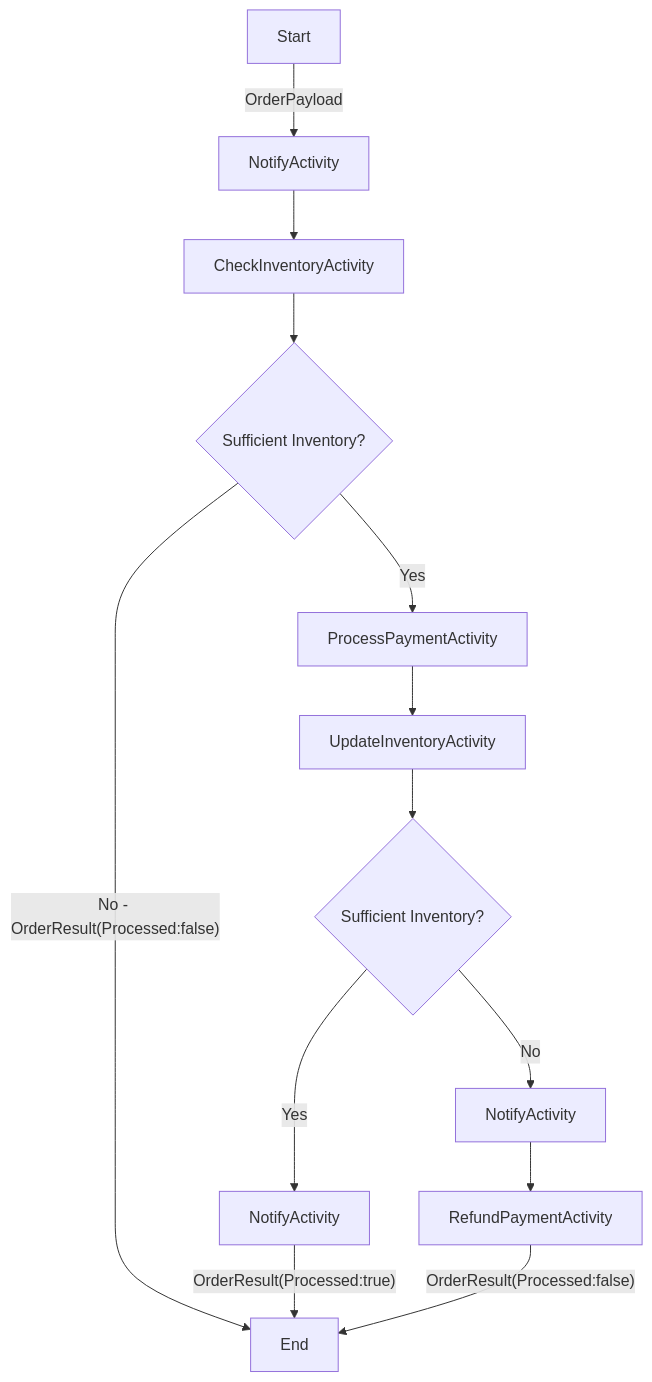
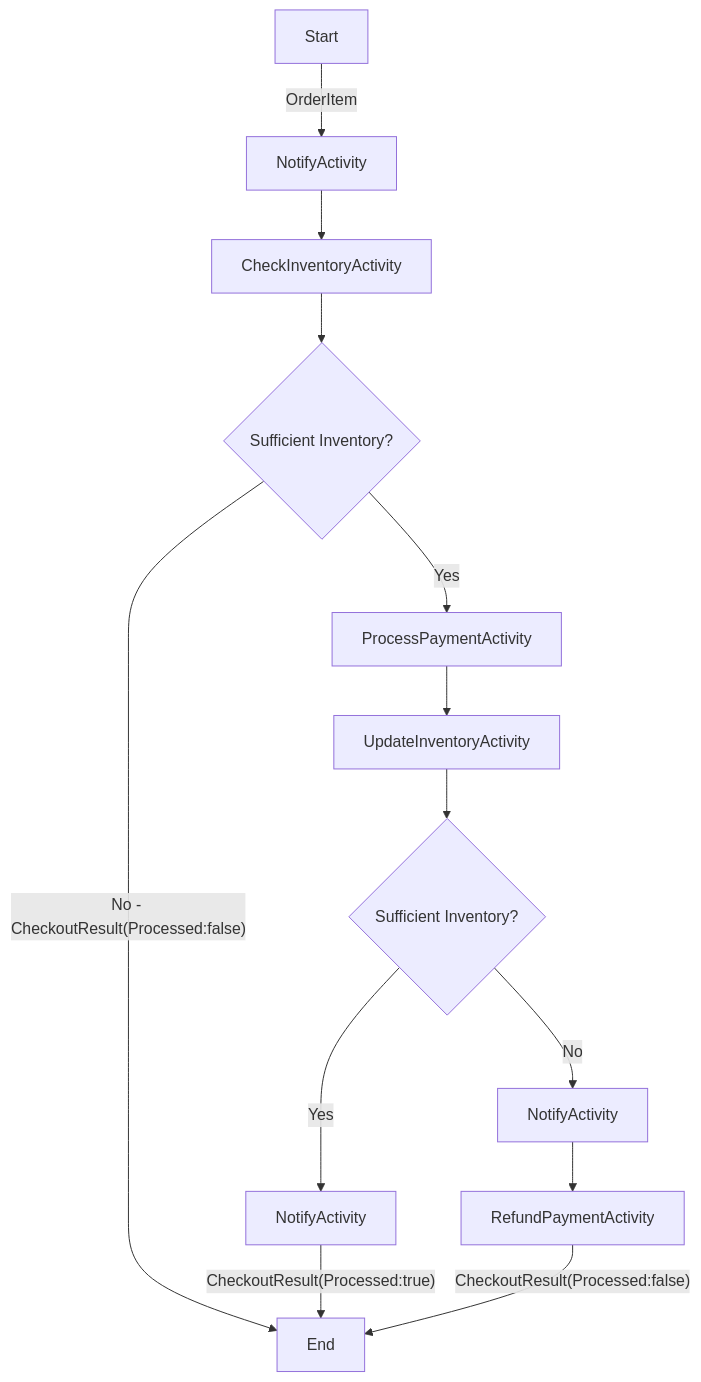
Before and after one commit to diagrid-labs/dapr-workflow-demos: the seventh of 7 diagrams in README.md, drawn with Mermaid. The commit also changed other lines of this file, not shown here.

Commit message:
Add diagram and fix labels

````diff
--- a/README.md
+++ b/README.md
@@ -368,21 +377,21 @@
 ```mermaid
 graph TD
     A[Start]
     B[NotifyActivity]
     C[CheckInventoryActivity]
     X{Sufficient Inventory?}
     D[ProcessPaymentActivity]
     E[UpdateInventoryActivity]
     F[RefundPaymentActivity]
     BB[NotifyActivity]
     BBB[NotifyActivity]
     XX{Sufficient Inventory?}
     Z[End]
-    A --> |OrderPayload| B --> C
+    A --> |OrderItem| B --> C
     C --> X
     X -->|Yes| D
-    X -->|"No - OrderResult(Processed:false)"| Z
+    X -->|"No - CheckoutResult(Processed:false)"| Z
     D --> E --> XX
-    XX -->|Yes| BB --> |"OrderResult(Processed:true)"| Z
-    XX -->|No| BBB --> F --> |"OrderResult(Processed:false)"| Z
+    XX -->|Yes| BB --> |"CheckoutResult(Processed:true)"| Z
+    XX -->|No| BBB --> F --> |"CheckoutResult(Processed:false)"| Z
 ```
````
